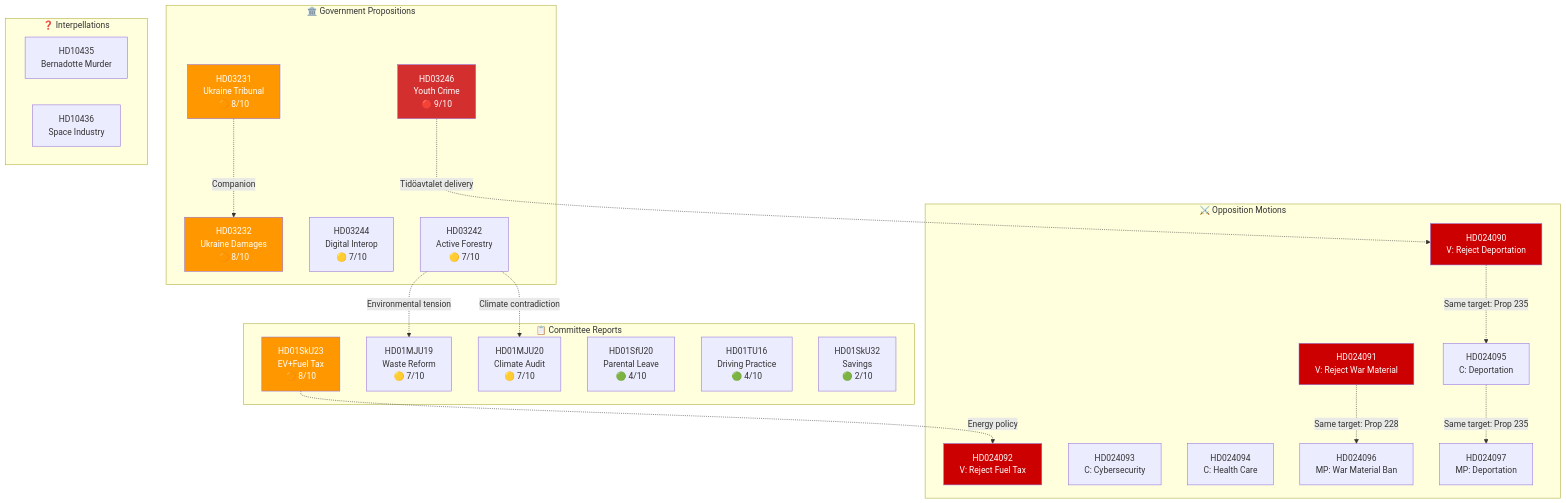
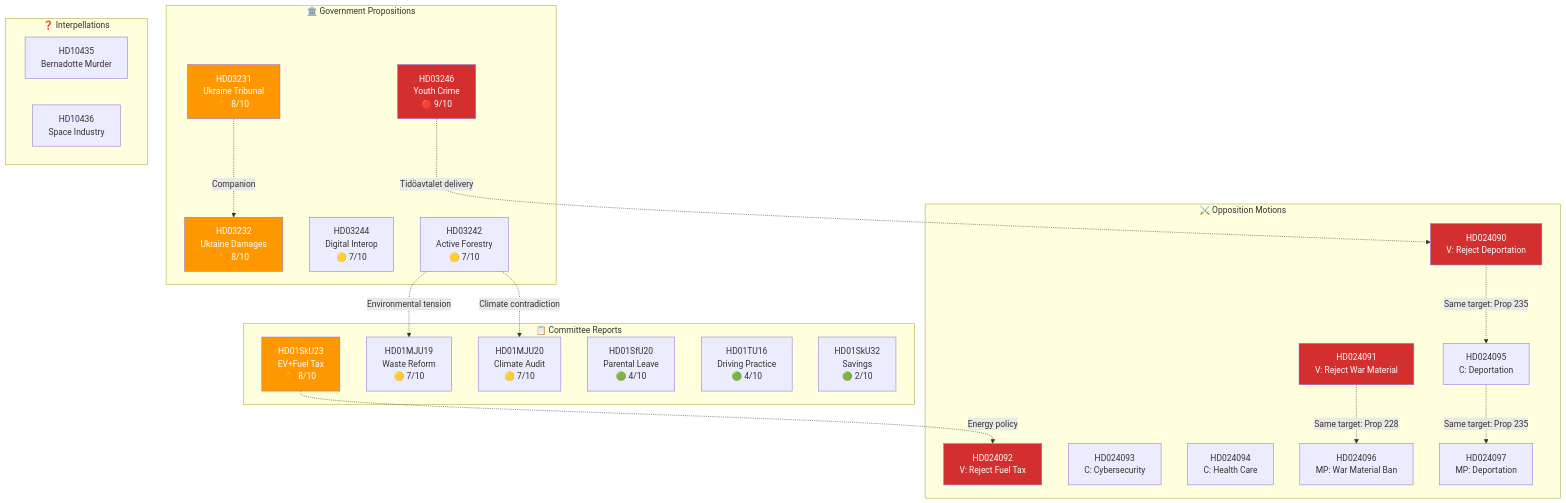
Before and after one commit to Hack23/riksdagsmonitor: the diagram in analysis/daily/2026-04-16/evening-analysis/cross-reference-map.md, drawn with Mermaid. The commit also changed 121 other files, not shown here.

````diff
--- a/analysis/daily/2026-04-16/evening-analysis/cross-reference-map.md
+++ b/analysis/daily/2026-04-16/evening-analysis/cross-reference-map.md
@@ -17,53 +17,53 @@
 ```mermaid
 graph TD
     subgraph "🏛️ Government Propositions"
         P246["HD03246<br/>Youth Crime<br/>🔴 9/10"]
         P231["HD03231<br/>Ukraine Tribunal<br/>🟠 8/10"]
         P232["HD03232<br/>Ukraine Damages<br/>🟠 8/10"]
         P244["HD03244<br/>Digital Interop<br/>🟡 7/10"]
         P242["HD03242<br/>Active Forestry<br/>🟡 7/10"]
     end
     
     subgraph "📋 Committee Reports"
         SKU23["HD01SkU23<br/>EV+Fuel Tax<br/>🟠 8/10"]
         MJU19["HD01MJU19<br/>Waste Reform<br/>🟡 7/10"]
         MJU20["HD01MJU20<br/>Climate Audit<br/>🟡 7/10"]
         SFU20["HD01SfU20<br/>Parental Leave<br/>🟢 4/10"]
         TU16["HD01TU16<br/>Driving Practice<br/>🟢 4/10"]
         SKU32["HD01SkU32<br/>Savings<br/>🟢 2/10"]
     end
     
     subgraph "⚔️ Opposition Motions"
         M4090["HD024090<br/>V: Reject Deportation"]
         M4091["HD024091<br/>V: Reject War Material"]
         M4092["HD024092<br/>V: Reject Fuel Tax"]
         M4093["HD024093<br/>C: Cybersecurity"]
         M4094["HD024094<br/>C: Health Care"]
         M4095["HD024095<br/>C: Deportation"]
         M4096["HD024096<br/>MP: War Material Ban"]
         M4097["HD024097<br/>MP: Deportation"]
     end
     
     subgraph "❓ Interpellations"
         I435["HD10435<br/>Bernadotte Murder"]
         I436["HD10436<br/>Space Industry"]
     end
     
     %% Cross-references
     P246 -.->|"Tidöavtalet delivery"| M4090
     M4090 -.->|"Same target: Prop 235"| M4095
     M4095 -.->|"Same target: Prop 235"| M4097
     M4091 -.->|"Same target: Prop 228"| M4096
     P242 -.->|"Environmental tension"| MJU19
     P242 -.->|"Climate contradiction"| MJU20
     SKU23 -.->|"Energy policy"| M4092
     P231 -.->|"Companion"| P232
     
     style P246 fill:#D32F2F,color:#FFFFFF
     style P231 fill:#FF9800,color:#FFFFFF
     style P232 fill:#FF9800,color:#FFFFFF
     style SKU23 fill:#FF9800,color:#FFFFFF
-    style M4090 fill:#cc0000,color:#FFFFFF
-    style M4091 fill:#cc0000,color:#FFFFFF
-    style M4092 fill:#cc0000,color:#FFFFFF
+    style M4090 fill:#D32F2F,color:#FFFFFF
+    style M4091 fill:#D32F2F,color:#FFFFFF
+    style M4092 fill:#D32F2F,color:#FFFFFF
 ```
````
